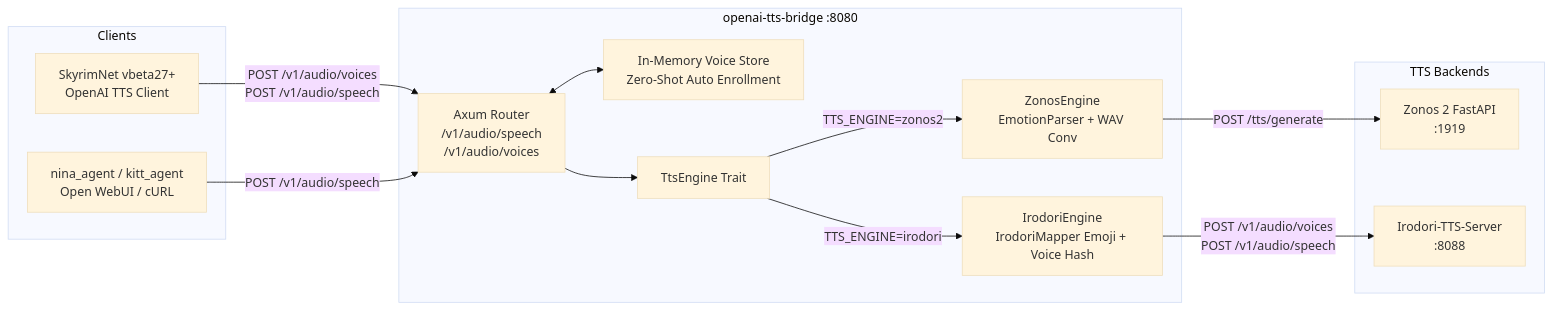
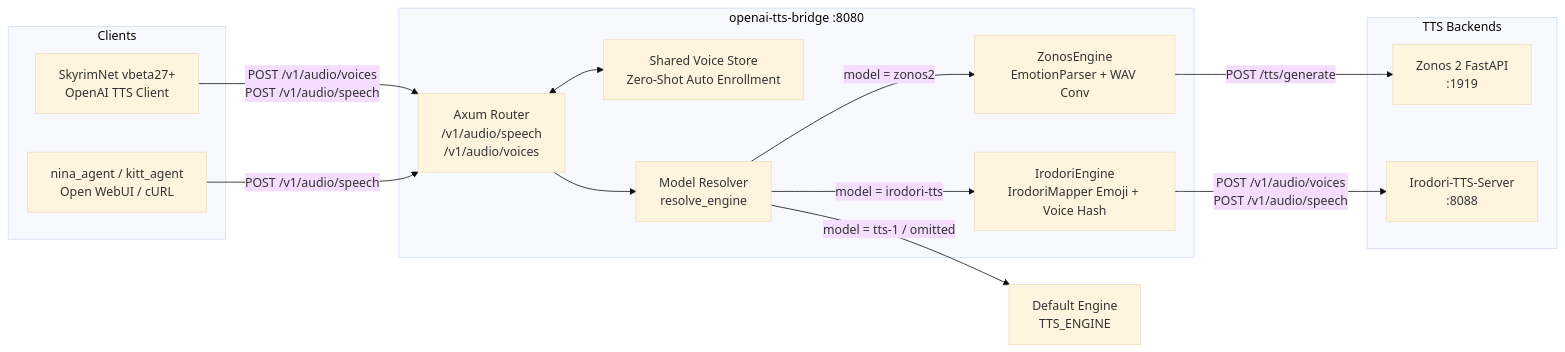
Before and after one commit to kjsd/openai-tts-bridge: the diagram in README.md, drawn with Mermaid (base theme). The commit also changed other lines of this file and 8 other files, not shown here.

Commit message:
feat: support dynamic per-request TTS engine routing via model parameter

````diff
--- a/README.md
+++ b/README.md
@@ -38,29 +41,30 @@
 ```mermaid
 flowchart LR
     subgraph Clients
         SkyrimOpenAI[SkyrimNet vbeta27+<br/>OpenAI TTS Client]
         OpenAI[nina_agent / kitt_agent<br/>Open WebUI / cURL]
     end
 
     subgraph Bridge [openai-tts-bridge :8080]
         Router[Axum Router<br/>/v1/audio/speech<br/>/v1/audio/voices]
-        VoiceStore[In-Memory Voice Store<br/>Zero-Shot Auto Enrollment]
-        Trait[TtsEngine Trait]
+        VoiceStore[Shared Voice Store<br/>Zero-Shot Auto Enrollment]
+        Resolver[Model Resolver<br/>resolve_engine]
         ZonosMod[ZonosEngine<br/>EmotionParser + WAV Conv]
         IrodoriMod[IrodoriEngine<br/>IrodoriMapper Emoji + Voice Hash]
     end
 
     subgraph Backends [TTS Backends]
         ZonosServer[Zonos 2 FastAPI<br/>:1919]
         IrodoriServer[Irodori-TTS-Server<br/>:8088]
     end
 
     SkyrimOpenAI -->|POST /v1/audio/voices<br/>POST /v1/audio/speech| Router
     OpenAI -->|POST /v1/audio/speech| Router
     Router <--> VoiceStore
-    Router --> Trait
-    Trait -->|TTS_ENGINE=zonos2| ZonosMod
-    Trait -->|TTS_ENGINE=irodori| IrodoriMod
+    Router --> Resolver
+    Resolver -->|model = zonos2| ZonosMod
+    Resolver -->|model = irodori-tts| IrodoriMod
+    Resolver -->|model = tts-1 / omitted| DefaultEngine[Default Engine<br/>TTS_ENGINE]
     ZonosMod -->|POST /tts/generate| ZonosServer
     IrodoriMod -->|POST /v1/audio/voices<br/>POST /v1/audio/speech| IrodoriServer
 ```
````
